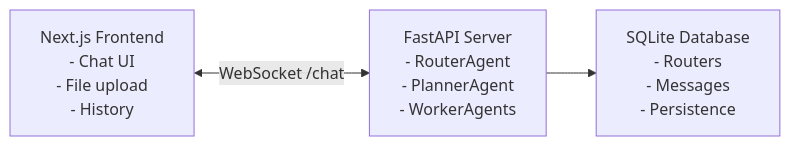
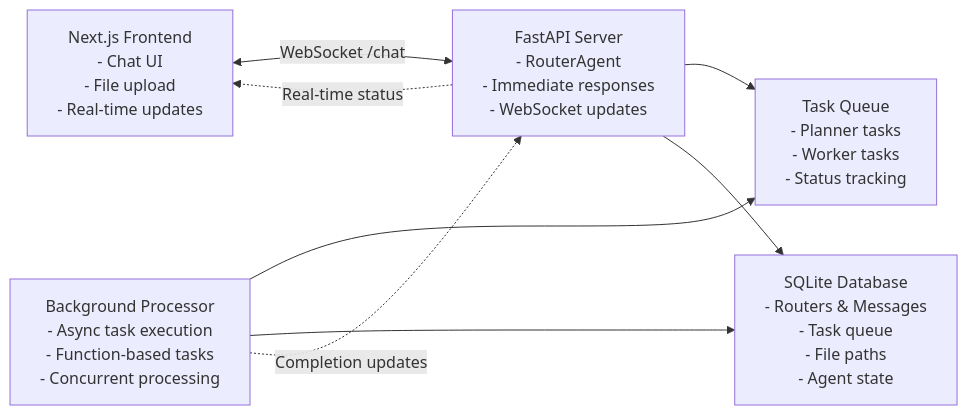
The first of 6 diagrams in ARCHITECTURE.md (bryan-zxc/agent), drawn with Mermaid before and after one commit. The commit also changed other lines of this file and 49 other files, not shown here.

Commit message:
wrap up function based restructure

````diff
--- a/ARCHITECTURE.md
+++ b/ARCHITECTURE.md
@@ -8,9 +8,16 @@
 ```mermaid
 graph LR
-    A[Next.js Frontend<br/>- Chat UI<br/>- File upload<br/>- History] 
-    B[FastAPI Server<br/>- RouterAgent<br/>- PlannerAgent<br/>- WorkerAgents]
-    C[SQLite Database<br/>- Routers<br/>- Messages<br/>- Persistence]
+    A[Next.js Frontend<br/>- Chat UI<br/>- File upload<br/>- Real-time updates] 
+    B[FastAPI Server<br/>- RouterAgent<br/>- Immediate responses<br/>- WebSocket updates]
+    C[Background Processor<br/>- Async task execution<br/>- Function-based tasks<br/>- Concurrent processing]
+    D[Task Queue<br/>- Planner tasks<br/>- Worker tasks<br/>- Status tracking]
+    E[SQLite Database<br/>- Routers & Messages<br/>- Task queue<br/>- File paths<br/>- Agent state]
     
     A <-->|"WebSocket /chat"| B
-    B --> C
+    B --> D
+    C --> D
+    C --> E
+    B --> E
+    C -.->|"Completion updates"| B
+    B -.->|"Real-time status"| A
 ```
````
